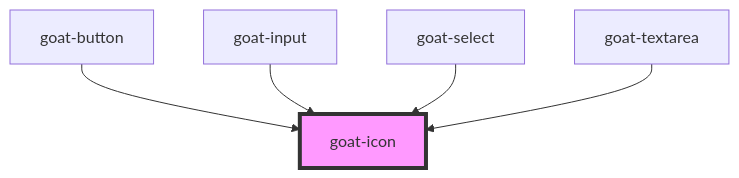
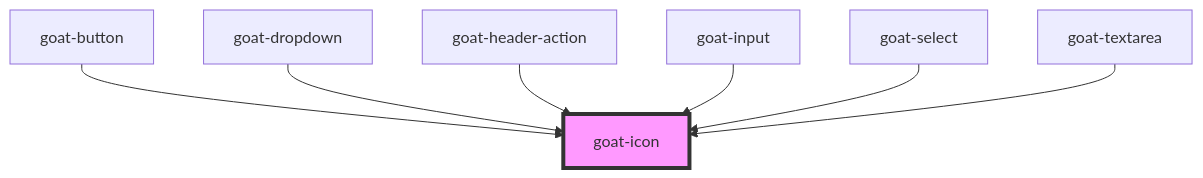
The diagram in src/components/content/icon/readme.md (goatui/components), drawn with Mermaid before and after one commit. The commit also changed other lines of this file and 78 other files, not shown here.

````diff
--- a/src/components/content/icon/readme.md
+++ b/src/components/content/icon/readme.md
@@ -26,8 +28,10 @@
 ```mermaid
 graph TD;
   goat-button --> goat-icon
+  goat-dropdown --> goat-icon
+  goat-header-action --> goat-icon
   goat-input --> goat-icon
   goat-select --> goat-icon
   goat-textarea --> goat-icon
   style goat-icon fill:#f9f,stroke:#333,stroke-width:4px
 ```
````
